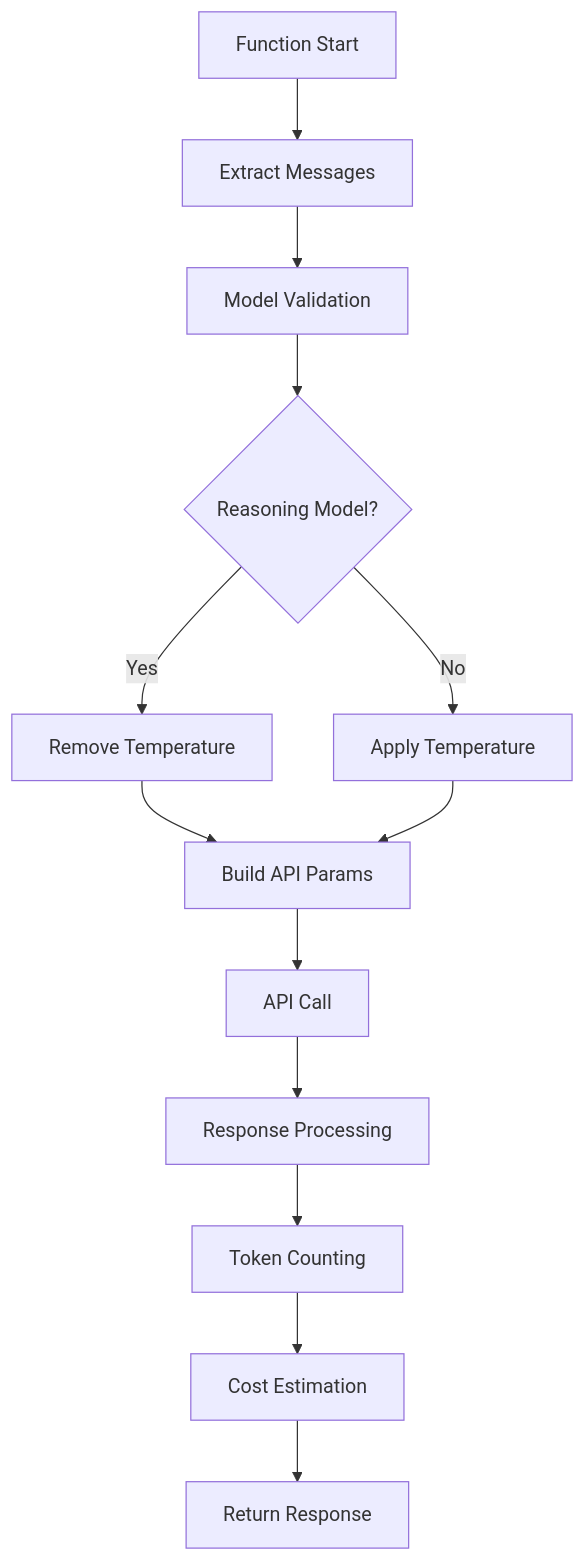
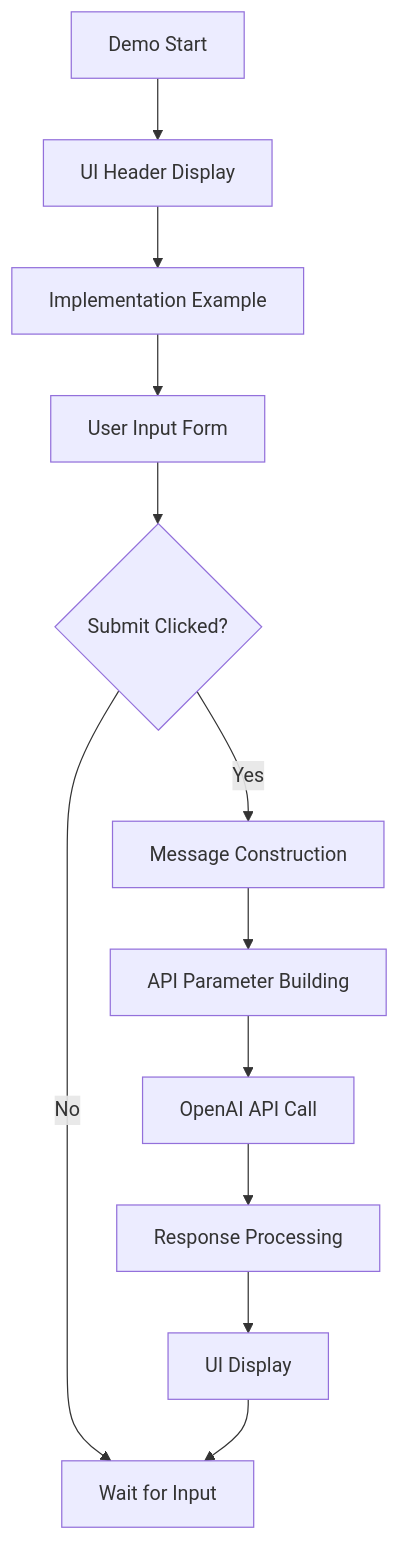
The seventh of 12 diagrams in doc/a00_responses_api.md (nakashima2toshio/anthropic_api_jp), drawn with Mermaid before and after one commit. The commit also changed other lines of this file and 2 other files, not shown here.

````diff
--- a/doc/a00_responses_api.md
+++ b/doc/a00_responses_api.md
@@ -241,15 +315,14 @@
 ```mermaid
 graph TD
-    A["Function Start"] --> B["Extract Messages"]
-    B --> C["Model Validation"]
-    C --> D{"Reasoning Model?"}
-    D -->|Yes| E["Remove Temperature"]
-    D -->|No| F["Apply Temperature"]
-    E --> G["Build API Params"]
-    F --> G
-    G --> H["API Call"]
-    H --> I["Response Processing"]
-    I --> J["Token Counting"]
-    J --> K["Cost Estimation"]
-    K --> L["Return Response"]
+    A["Demo Start"] --> B["UI Header Display"]
+    B --> C["Implementation Example"]
+    C --> D["User Input Form"]
+    D --> E{"Submit Clicked?"}
+    E -->|No| F["Wait for Input"]
+    E -->|Yes| G["Message Construction"]
+    G --> H["API Parameter Building"]
+    H --> I["OpenAI API Call"]
+    I --> J["Response Processing"]
+    J --> K["UI Display"]
+    K --> F
 ```
````
